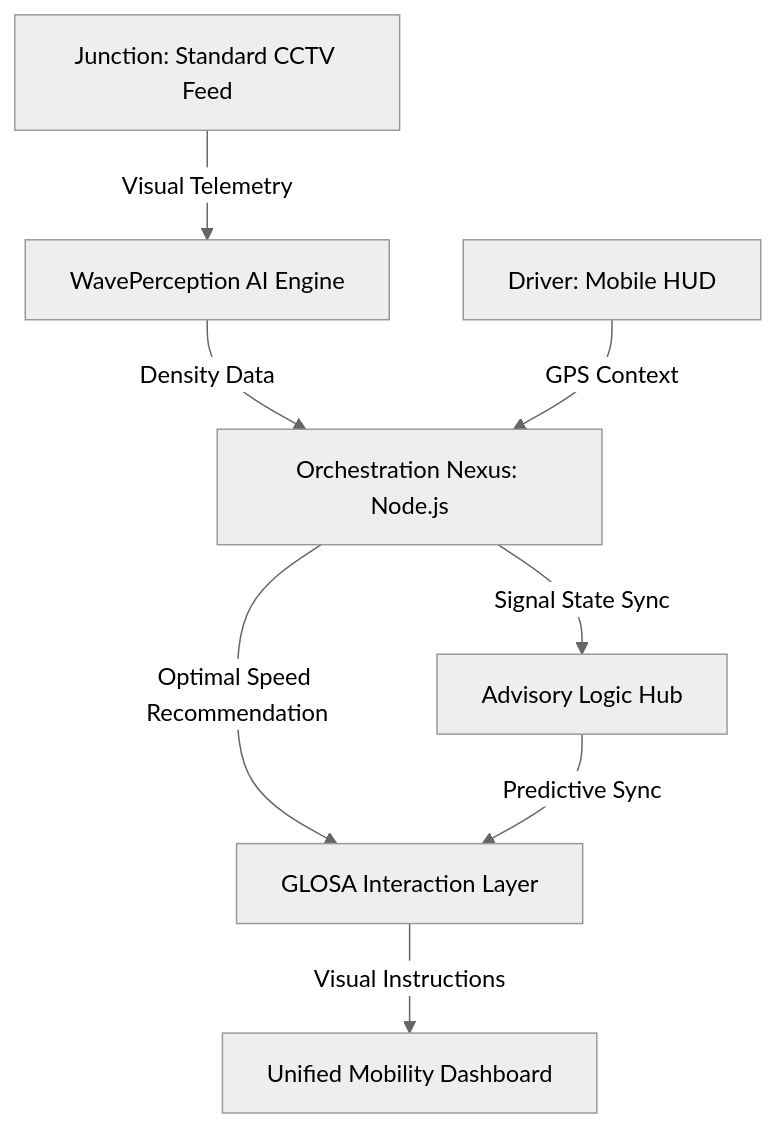
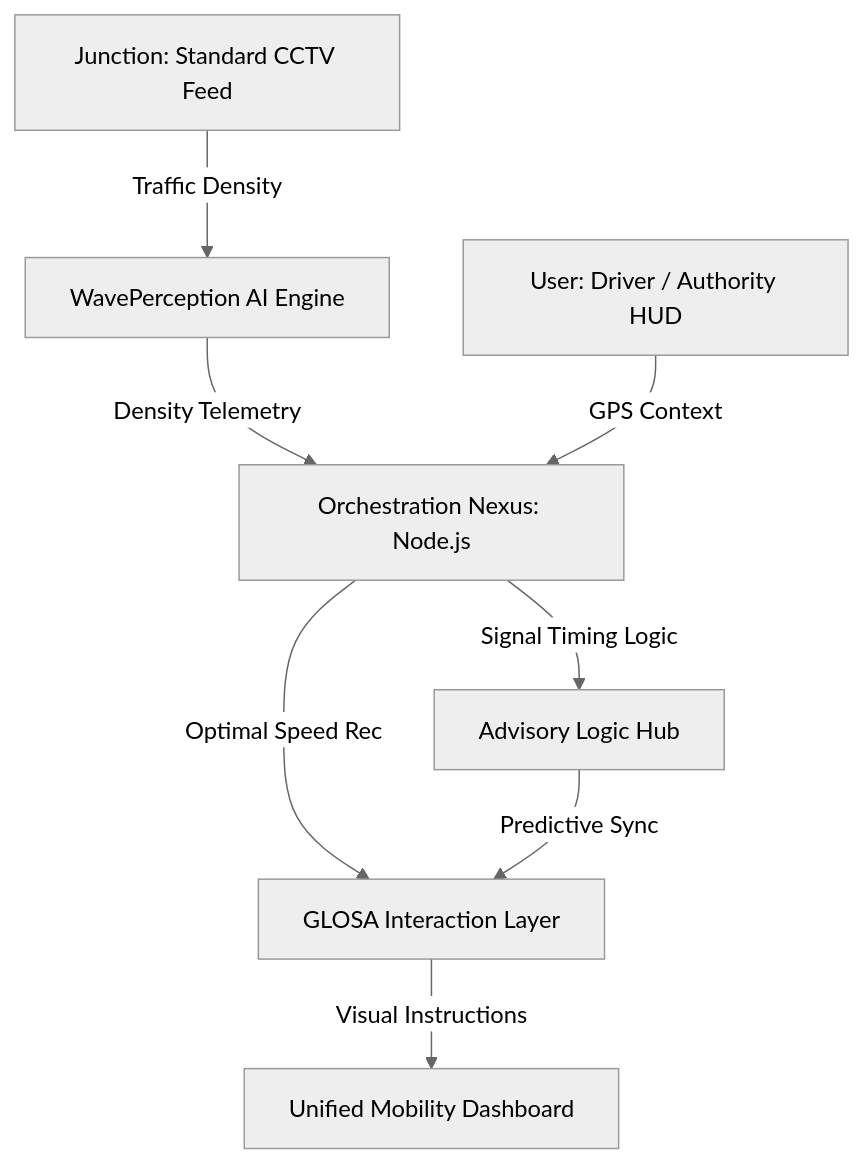
One commit to ashishh-tech/GLOSA-BHARAT changed the diagram in README.md. Above: the diagram before and after it, drawn with Mermaid (neutral theme). The commit also changed other lines of this file, not shown here.

Commit message:
Final Upgrade: Premium GLOSA-BHARAT 2.0 Documentation with Case Studies

````diff
--- a/README.md
+++ b/README.md
@@ -57,10 +90,10 @@
 ```mermaid
 graph TD
-    A[Junction: Standard CCTV Feed] -->|Visual Telemetry| B[WavePerception AI Engine]
-    B -->|Density Data| C[Orchestration Nexus: Node.js]
-    C -->|Signal State Sync| D[Advisory Logic Hub]
-    E[Driver: Mobile HUD] -->|GPS Context| C
-    C -->|Optimal Speed Recommendation| F[GLOSA Interaction Layer]
+    A[Junction: Standard CCTV Feed] -->|Traffic Density| B[WavePerception AI Engine]
+    B -->|Density Telemetry| C[Orchestration Nexus: Node.js]
+    C -->|Signal Timing Logic| D[Advisory Logic Hub]
+    E[User: Driver / Authority HUD] -->|GPS Context| C
+    C -->|Optimal Speed Rec| F[GLOSA Interaction Layer]
     D -->|Predictive Sync| F
     F -->|Visual Instructions| G[Unified Mobility Dashboard]
 ```
````
